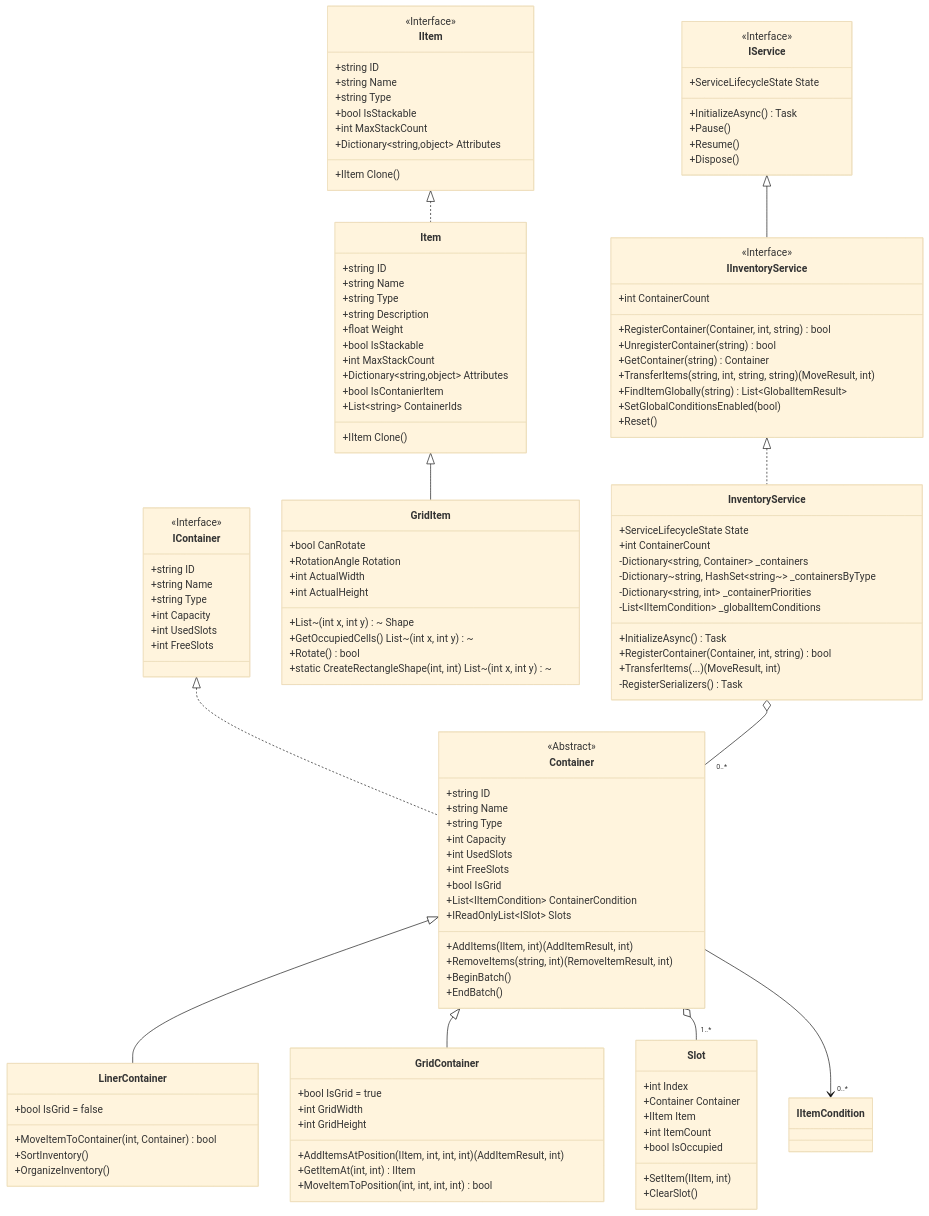
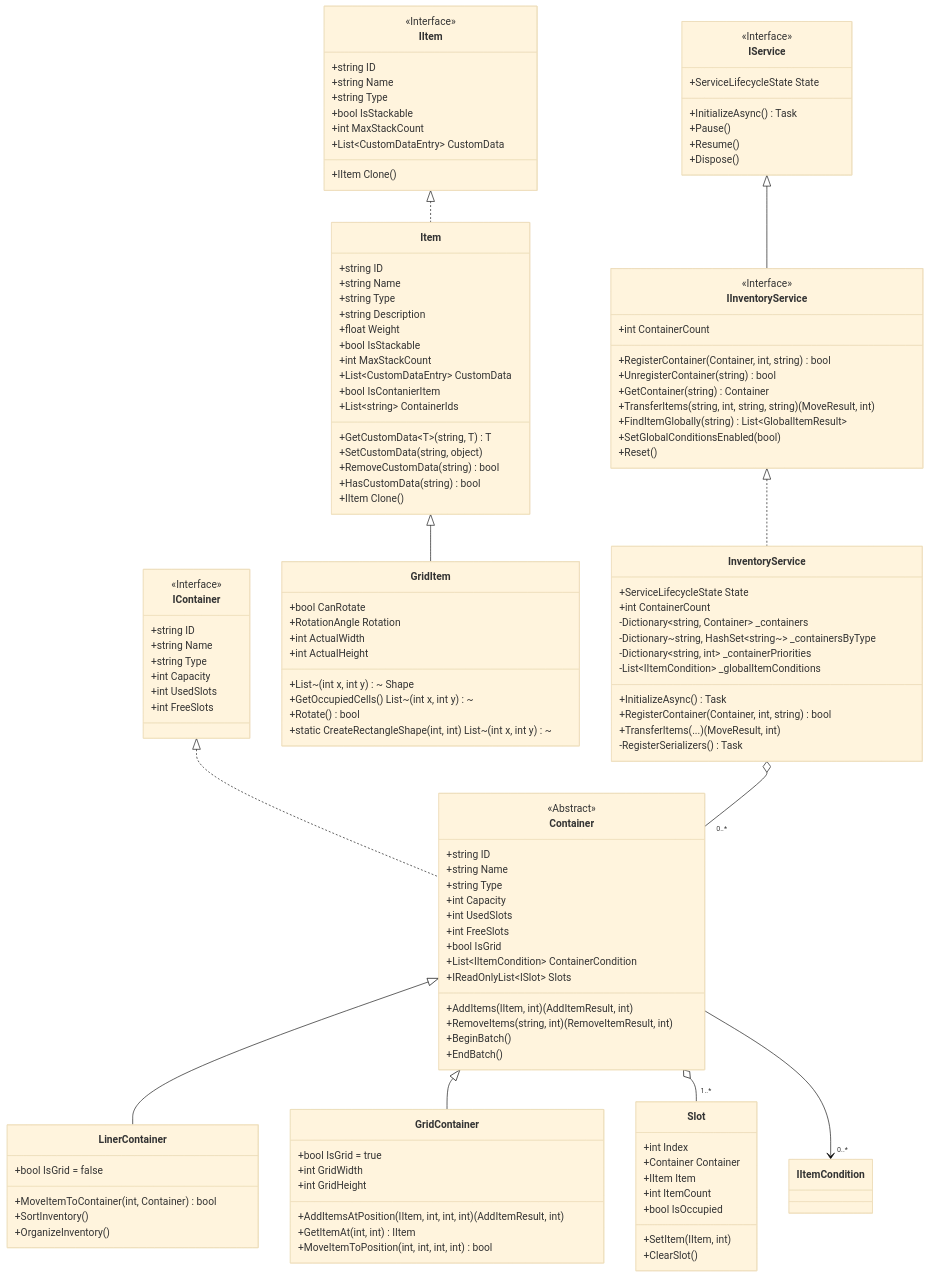
The third of 14 diagrams in 03_CoreSystems/Inventory/Document/Diagrams.md (CutrelyAlex/UnityEasyPack), drawn with Mermaid (base theme) before and after one commit. The commit also changed 11 other files, not shown here.

```diff
--- a/03_CoreSystems/Inventory/Document/Diagrams.md
+++ b/03_CoreSystems/Inventory/Document/Diagrams.md
@@ -212,7 +212,7 @@
         +string Type
         +bool IsStackable
         +int MaxStackCount
-        +Dictionary~string,object~ Attributes
+        +List~CustomDataEntry~ CustomData
         +IItem Clone()
     }
     
@@ -224,9 +224,13 @@
         +float Weight
         +bool IsStackable
         +int MaxStackCount
-        +Dictionary~string,object~ Attributes
+        +List~CustomDataEntry~ CustomData
         +bool IsContanierItem
         +List~string~ ContainerIds
+        +GetCustomData~T~(string, T) T
+        +SetCustomData(string, object)
+        +RemoveCustomData(string) bool
+        +HasCustomData(string) bool
         +IItem Clone()
     }
     
```
